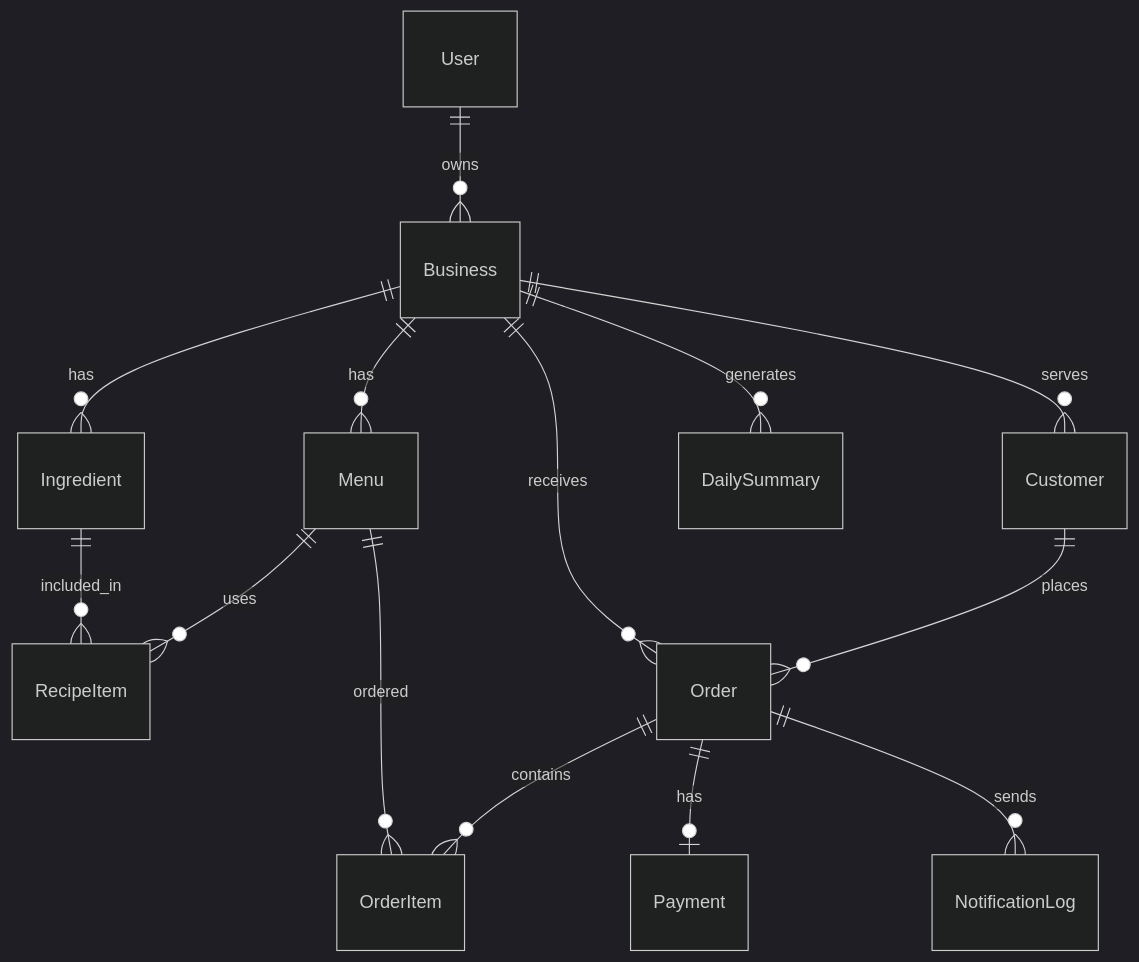
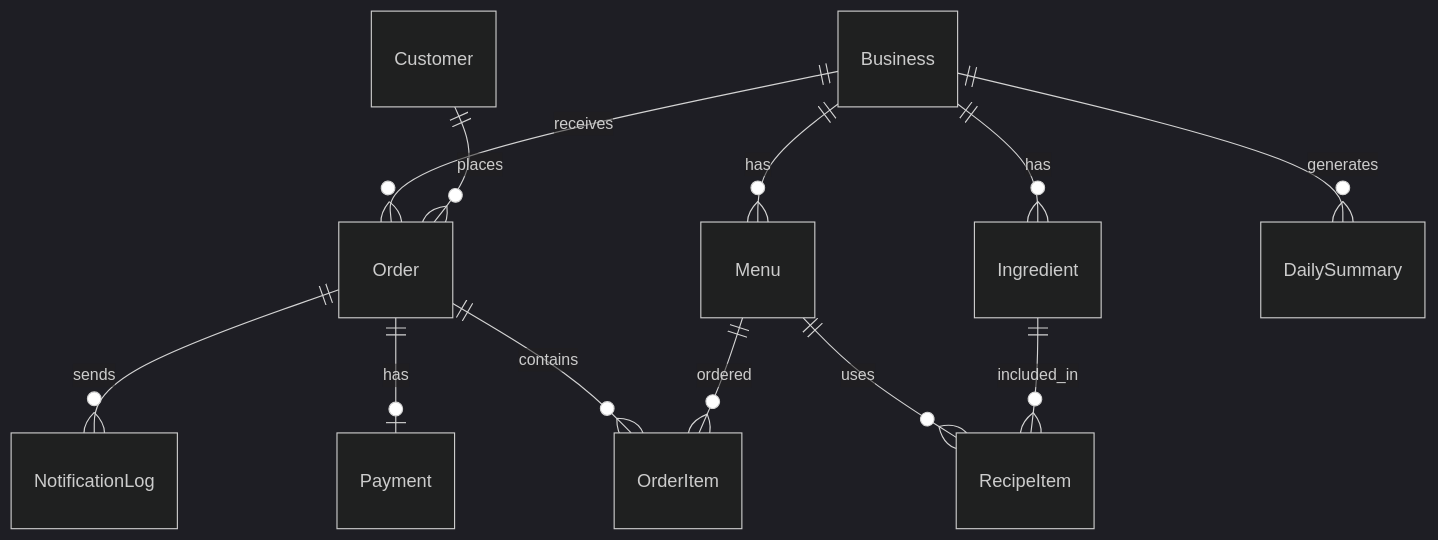
One commit to codezeros18/kuali changed the fifth of 5 diagrams in docs/proposal/04_HACKER_TECH_IMPLEMENTATION.md. Above: the diagram before and after it, drawn with Mermaid (dark theme). The commit also changed other lines of this file and 31 other files, not shown here.

````diff
--- a/docs/proposal/04_HACKER_TECH_IMPLEMENTATION.md
+++ b/docs/proposal/04_HACKER_TECH_IMPLEMENTATION.md
@@ -177,16 +177,14 @@
 ```mermaid
 erDiagram
-    User ||--o{ Business : owns
     Business ||--o{ Menu : has
     Business ||--o{ Ingredient : has
+    Business ||--o{ Order : receives
+    Business ||--o{ DailySummary : generates
     Menu ||--o{ RecipeItem : uses
     Ingredient ||--o{ RecipeItem : included_in
-    Business ||--o{ Customer : serves
     Customer ||--o{ Order : places
-    Business ||--o{ Order : receives
     Order ||--o{ OrderItem : contains
     Menu ||--o{ OrderItem : ordered
     Order ||--o| Payment : has
     Order ||--o{ NotificationLog : sends
-    Business ||--o{ DailySummary : generates
 ```
````
